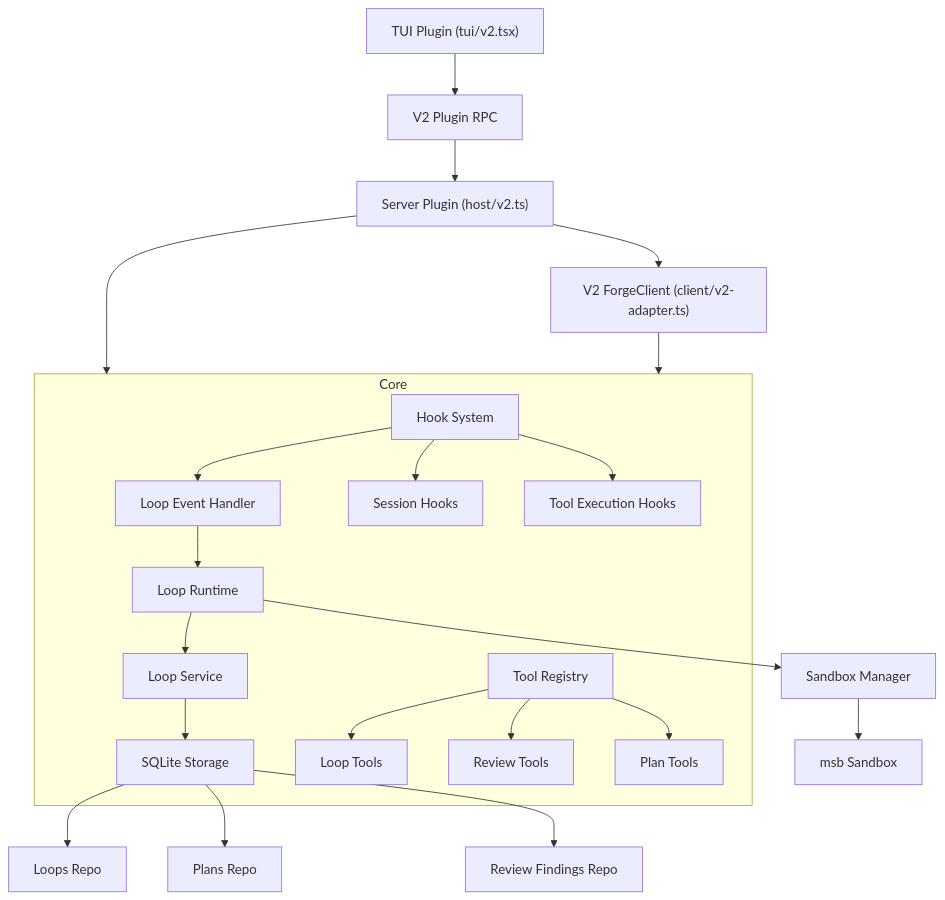
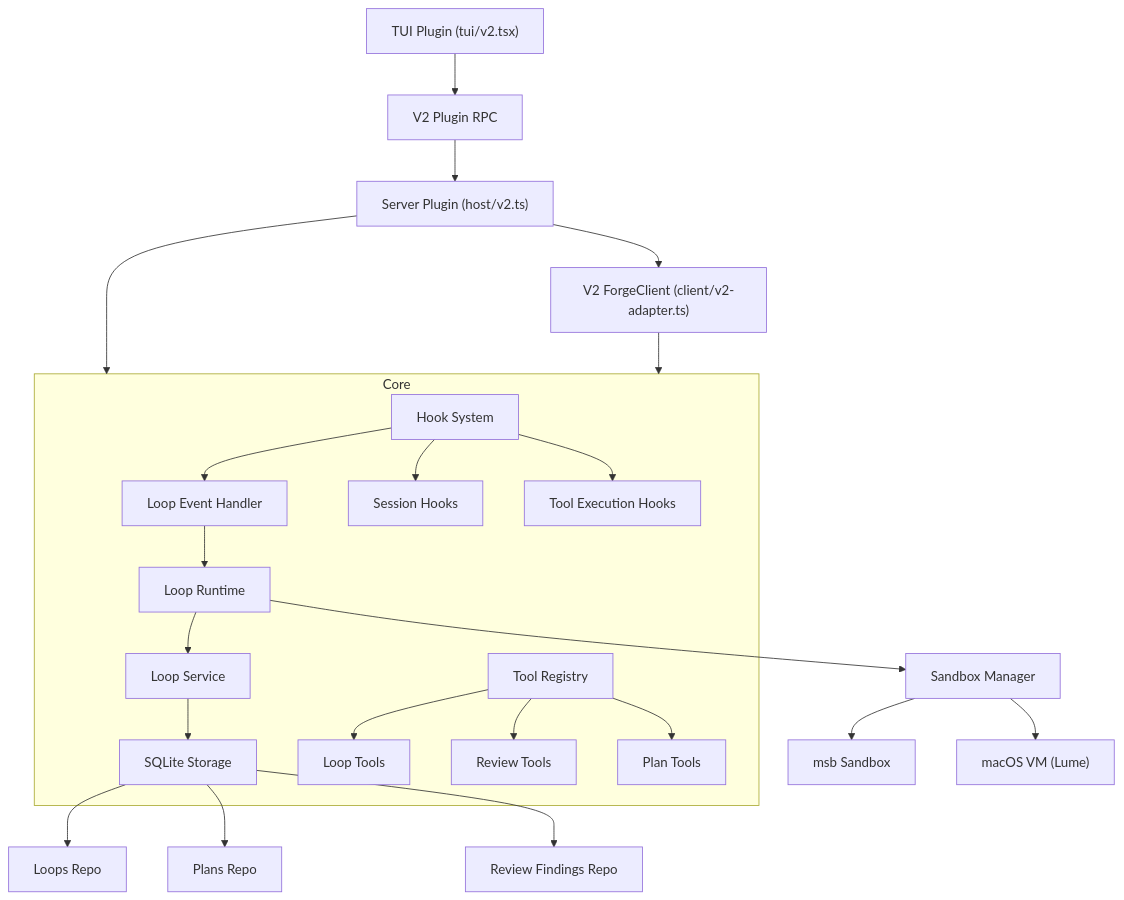
One commit to chriswritescode-dev/opencode-forge changed the diagram in docs/api/_media/architecture.md. Above: the diagram before and after it, drawn with Mermaid. The commit also changed other lines of this file and 24 other files, not shown here.

````diff
--- a/docs/api/_media/architecture.md
+++ b/docs/api/_media/architecture.md
@@ -273,29 +283,30 @@
 ```mermaid
 graph TD
     TUI["TUI Plugin (tui/v2.tsx)"] --> RPC["V2 Plugin RPC"]
     RPC --> Server["Server Plugin (host/v2.ts)"]
     Server --> Core["Forge Core (host/forge-core.ts)"]
     Server --> V2Client["V2 ForgeClient (client/v2-adapter.ts)"]
     V2Client --> Core
 
     subgraph Core
         Hooks["Hook System"] --> LoopHandler["Loop Event Handler"]
         Hooks --> SessionHooks["Session Hooks"]
         Hooks --> ToolHooks["Tool Execution Hooks"]
 
         LoopHandler --> LoopRuntime["Loop Runtime"]
         LoopRuntime --> LoopService["Loop Service"]
         LoopService --> SQLite["SQLite Storage"]
 
         Tools["Tool Registry"] --> LoopTools["Loop Tools"]
         Tools --> ReviewTools["Review Tools"]
         Tools --> PlanTools["Plan Tools"]
     end
 
     LoopRuntime --> SandboxManager["Sandbox Manager"]
     SandboxManager --> Msb["msb Sandbox"]
+    SandboxManager --> Macos["macOS VM (Lume)"]
 
     SQLite --> LoopsRepo["Loops Repo"]
     SQLite --> PlansRepo["Plans Repo"]
     SQLite --> ReviewRepo["Review Findings Repo"]
 ```
````
